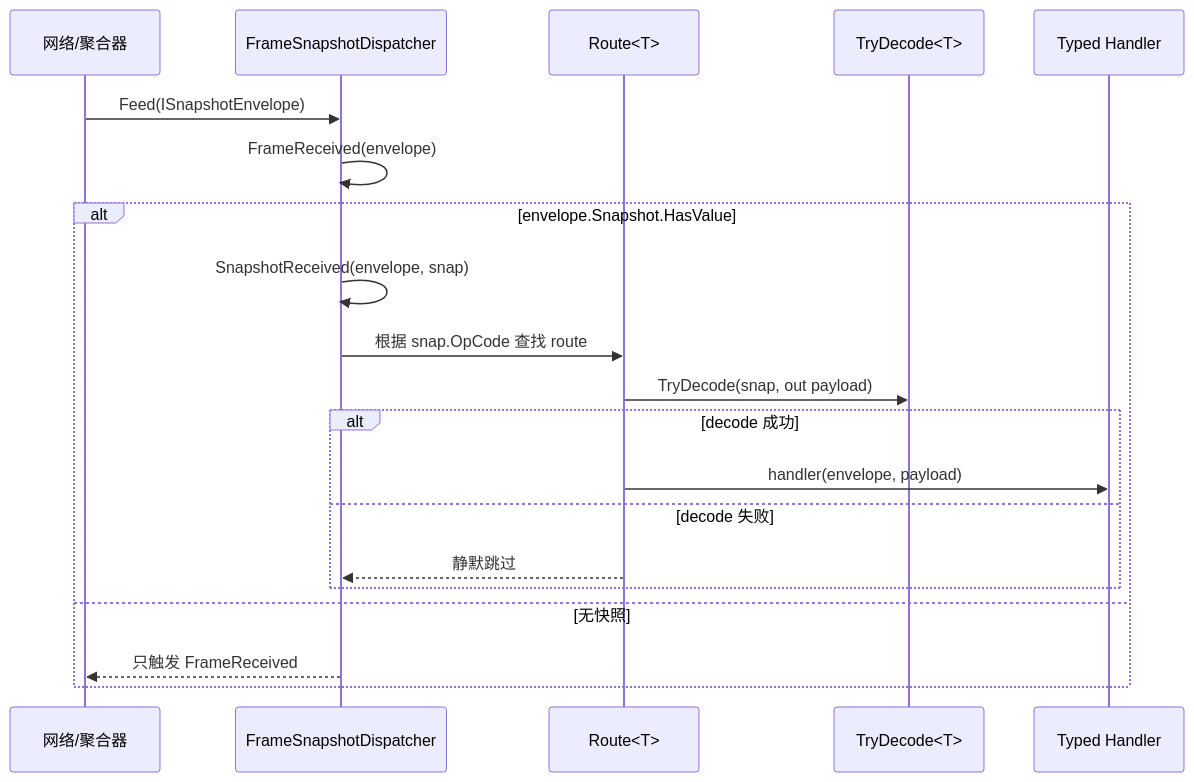
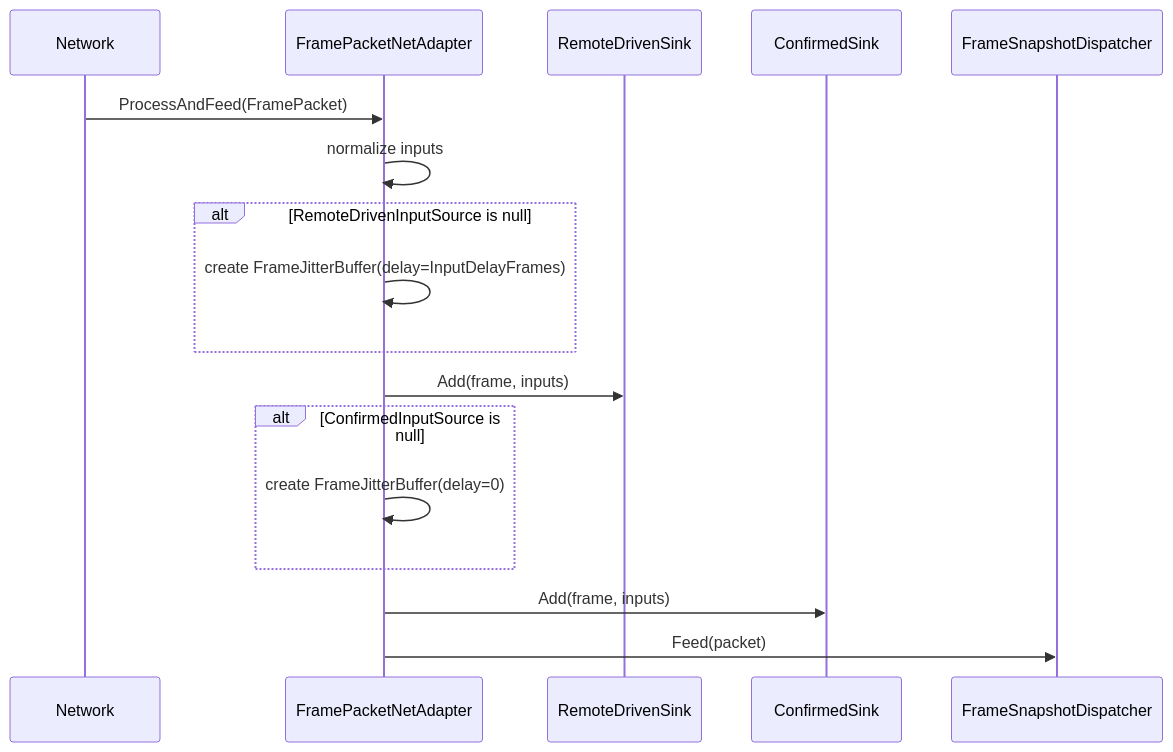
The fourth of 8 diagrams in Docs/design/07-NetworkSynchronization/00-SynchronizationCapabilityMap.md (Kurumioi/AbilityKit), drawn with Mermaid before and after one commit. The commit also changed other lines of this file and 389 other files, not shown here.

````diff
--- a/Docs/design/07-NetworkSynchronization/00-SynchronizationCapabilityMap.md
+++ b/Docs/design/07-NetworkSynchronization/00-SynchronizationCapabilityMap.md
@@ -128,23 +220,20 @@
 ```mermaid
 sequenceDiagram
-    participant Net as 网络/聚合器
-    participant Dispatcher as FrameSnapshotDispatcher
-    participant Route as Route<T>
-    participant Decoder as TryDecode<T>
-    participant Handler as Typed Handler
+    participant Net as Network
+    participant Adapter as FramePacketNetAdapter
+    participant Remote as RemoteDrivenSink
+    participant Confirmed as ConfirmedSink
+    participant Snapshots as FrameSnapshotDispatcher
 
-    Net->>Dispatcher: Feed(ISnapshotEnvelope)
-    Dispatcher->>Dispatcher: FrameReceived(envelope)
-    alt envelope.Snapshot.HasValue
-        Dispatcher->>Dispatcher: SnapshotReceived(envelope, snap)
-        Dispatcher->>Route: 根据 snap.OpCode 查找 route
-        Route->>Decoder: TryDecode(snap, out payload)
-        alt decode 成功
-            Route->>Handler: handler(envelope, payload)
-        else decode 失败
-            Route-->>Dispatcher: 静默跳过
-        end
-    else 无快照
-        Dispatcher-->>Net: 只触发 FrameReceived
+    Net->>Adapter: ProcessAndFeed(FramePacket)
+    Adapter->>Adapter: normalize inputs
+    alt RemoteDrivenInputSource is null
+        Adapter->>Adapter: create FrameJitterBuffer(delay=InputDelayFrames)
     end
+    Adapter->>Remote: Add(frame, inputs)
+    alt ConfirmedInputSource is null
+        Adapter->>Adapter: create FrameJitterBuffer(delay=0)
+    end
+    Adapter->>Confirmed: Add(frame, inputs)
+    Adapter->>Snapshots: Feed(packet)
 ```
````
